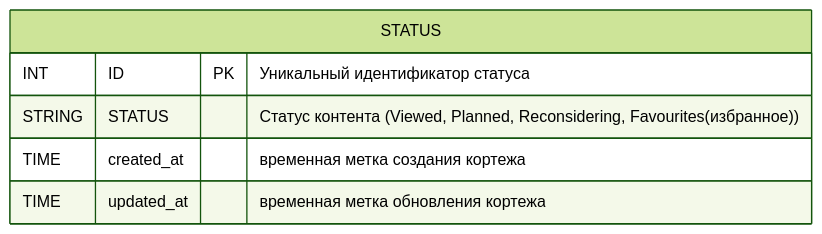
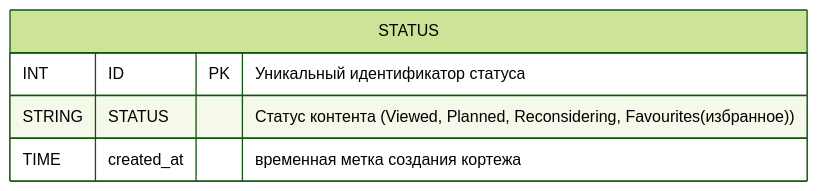
One commit to go-park-mail-ru/2024_1_Cyberkotletki changed the tenth of 25 diagrams in db/normalized/relations.md. Above: the diagram before and after it, drawn with Mermaid (forest theme). The commit also changed other lines of this file and 2 other files, not shown here.

````diff
--- a/db/normalized/relations.md
+++ b/db/normalized/relations.md
@@ -200,9 +274,8 @@
 ```mermaid
 erDiagram
     STATUS{
         INT ID PK "Уникальный идентификатор статуса"
         STRING STATUS "Статус контента (Viewed, Planned, Reconsidering, Favourites(избранное))"
         TIME created_at "временная метка создания кортежа"
-        TIME updated_at "временная метка обновления кортежа"
     }
 ```
````
